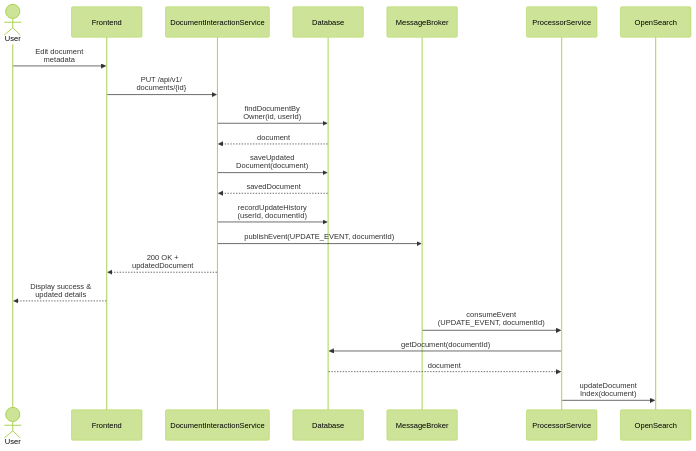
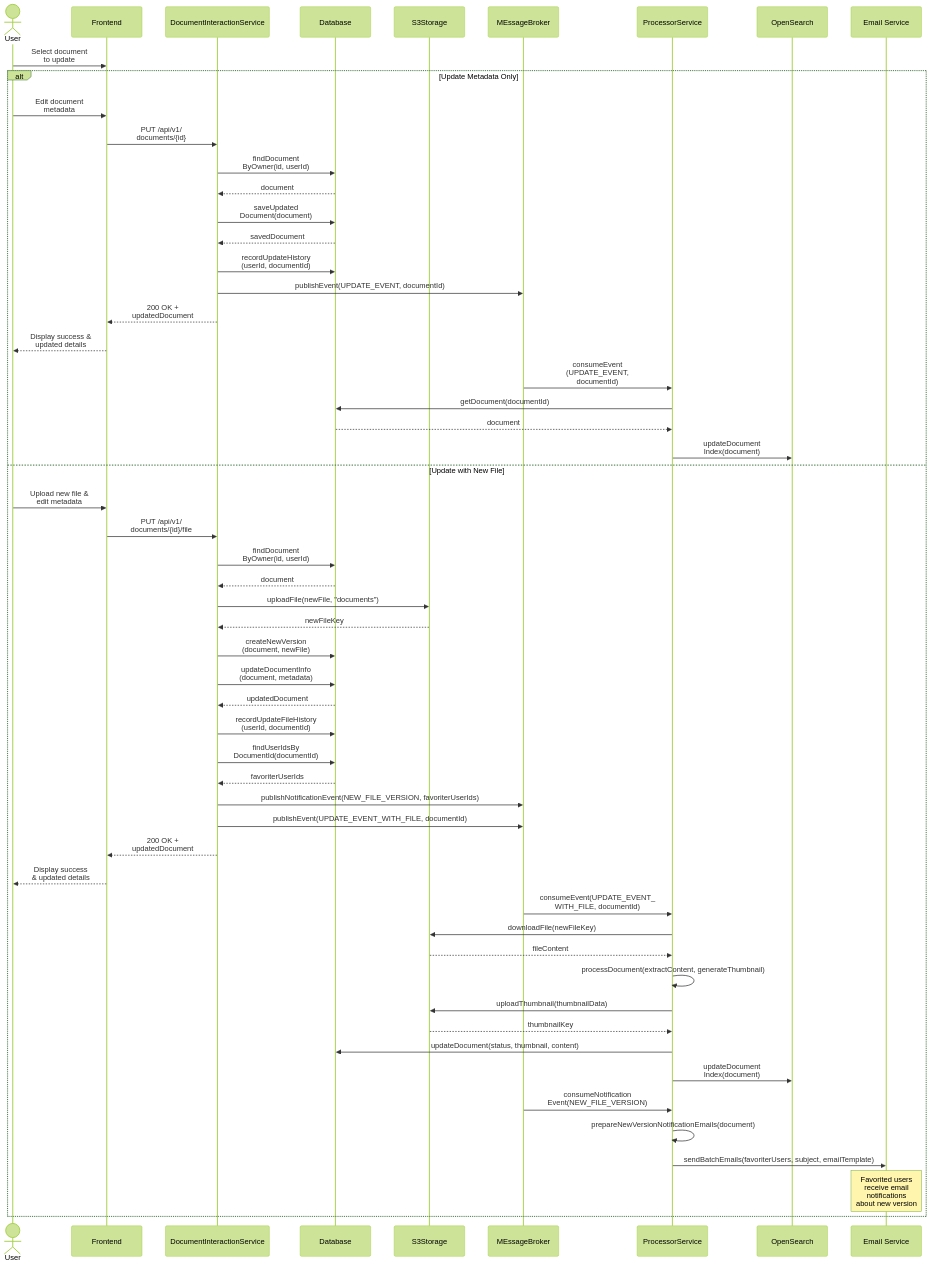
The diagram in project/sequence-diagram/2.3_update-document-information-sequence.mermaid (loidinhm31/document-management-and-search-system), drawn with Mermaid (forest theme) before and after one commit. The commit also changed 12 other files, not shown here.

Commit message:
Update sequence diagrams

```diff
--- a/project/sequence-diagram/2.3_update-document-information-sequence.mermaid
+++ b/project/sequence-diagram/2.3_update-document-information-sequence.mermaid
@@ -1,29 +1,79 @@
 sequenceDiagram
     actor User
     participant Frontend
     participant DIS as DocumentInteractionService
     participant DB as Database
-    participant MB as MessageBroker
+    participant S3 as S3Storage
+    participant MQ as MEssageBroker
     participant PS as ProcessorService
     participant OS as OpenSearch
+    participant ES as Email Service
 
-    User->>Frontend: Edit document <br> metadata
-    Frontend->>DIS: PUT /api/v1/<br>documents/{id}
+    User->>Frontend: Select document <br> to update
 
-    DIS->>DB: findDocumentBy<br>Owner(id, userId)
-    DB-->>DIS: document
+    alt Update Metadata Only
+        User->>Frontend: Edit document <br> metadata
+        Frontend->>DIS: PUT /api/v1/<br>documents/{id}
 
-    DIS->>DB: saveUpdated<br>Document(document)
-    DB-->>DIS: savedDocument
+        DIS->>DB: findDocument<br>ByOwner(id, userId)
+        DB-->>DIS: document
 
-    DIS->>DB: recordUpdateHistory<br>(userId, documentId)
-    DIS->>MB: publishEvent(UPDATE_EVENT, documentId)
+        DIS->>DB: saveUpdated<br>Document(document)
+        DB-->>DIS: savedDocument
 
-    DIS-->>Frontend: 200 OK + <br> updatedDocument
-    Frontend-->>User: Display success & <br> updated details
+        DIS->>DB: recordUpdateHistory<br>(userId, documentId)
+        DIS->>MQ: publishEvent(UPDATE_EVENT, documentId)
 
-    MB->>PS: consumeEvent<br>(UPDATE_EVENT, documentId)
-    PS->>DB: getDocument(documentId)
-    DB-->>PS: document
+        DIS-->>Frontend: 200 OK + <br> updatedDocument
+        Frontend-->>User: Display success &<br> updated details
 
-    PS->>OS: updateDocument<br>Index(document)
+        MQ->>PS: consumeEvent<br>(UPDATE_EVENT,<br> documentId)
+        PS->>DB: getDocument(documentId)
+        DB-->>PS: document
+
+        PS->>OS: updateDocument<br>Index(document)
+    else Update with New File
+        User->>Frontend: Upload new file & <br> edit metadata
+        Frontend->>DIS: PUT /api/v1/<br>documents/{id}/file
+
+        DIS->>DB: findDocument<br>ByOwner(id, userId)
+        DB-->>DIS: document
+
+        DIS->>S3: uploadFile(newFile, "documents")
+        S3-->>DIS: newFileKey
+
+        DIS->>DB: createNewVersion<br>(document, newFile)
+        DIS->>DB: updateDocumentInfo<br>(document, metadata)
+        DB-->>DIS: updatedDocument
+
+        DIS->>DB: recordUpdateFileHistory<br>(userId, documentId)
+
+    %% Notification flow for new file version
+        DIS->>DB: findUserIdsBy<br>DocumentId(documentId)
+        DB-->>DIS: favoriterUserIds
+        DIS->>MQ: publishNotificationEvent(NEW_FILE_VERSION, favoriterUserIds)
+
+        DIS->>MQ: publishEvent(UPDATE_EVENT_WITH_FILE, documentId)
+
+        DIS-->>Frontend: 200 OK + <br> updatedDocument
+        Frontend-->>User: Display success <br> & updated details
+
+    %% Process new file version
+        MQ->>PS: consumeEvent(UPDATE_EVENT_<br>WITH_FILE, documentId)
+        PS->>S3: downloadFile(newFileKey)
+        S3-->>PS: fileContent
+
+        PS->>PS: processDocument(extractContent, generateThumbnail)
+        PS->>S3: uploadThumbnail(thumbnailData)
+        S3-->>PS: thumbnailKey
+
+        PS->>DB: updateDocument(status, thumbnail, content)
+        PS->>OS: updateDocument<br>Index(document)
+
+    %% Email notification processing
+        MQ->>PS: consumeNotification<br>Event(NEW_FILE_VERSION)
+        PS->>PS: prepareNewVersionNotificationEmails(document)
+        PS->>ES: sendBatchEmails(favoriterUsers, subject, emailTemplate)
+
+        Note over ES: Favorited users <br>receive email <br> notifications <br>about new version
+    end
```
